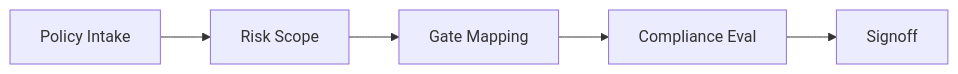
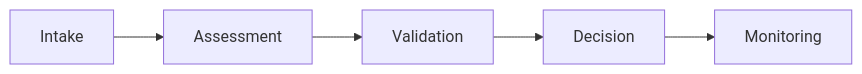
The diagram in assets/governance/default_governance_process.md (makr-code/ThemisDB), drawn with Mermaid before and after one commit. The commit also changed other lines of this file and 98 other files, not shown here.

````diff
--- a/assets/governance/default_governance_process.md
+++ b/assets/governance/default_governance_process.md
@@ -7,7 +7,7 @@
 ```mermaid
 flowchart LR
-  A[Policy Intake] --> B[Risk Scope]
-  B --> C[Gate Mapping]
-  C --> D[Compliance Eval]
-  D --> E[Signoff]
+  A[Intake] --> B[Assessment]
+  B --> C[Validation]
+  C --> D[Decision]
+  D --> E[Monitoring]
 ```
````
